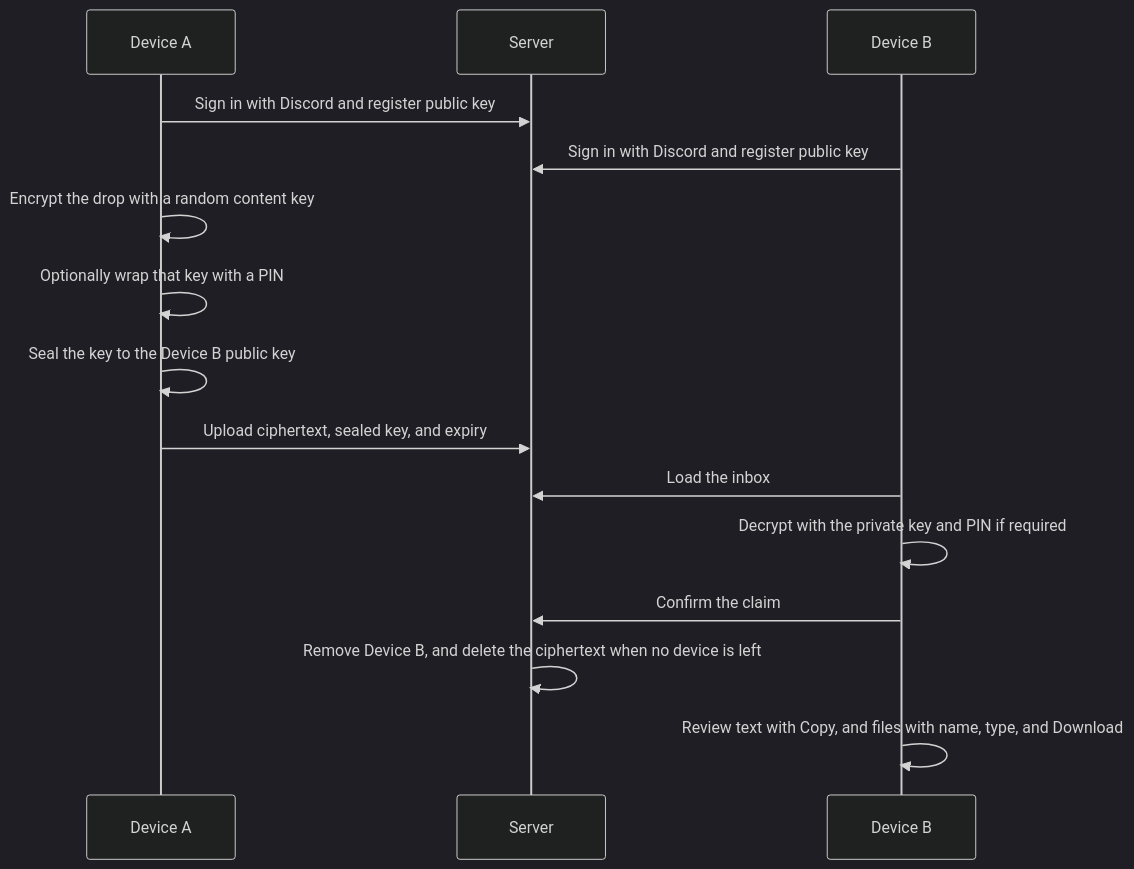
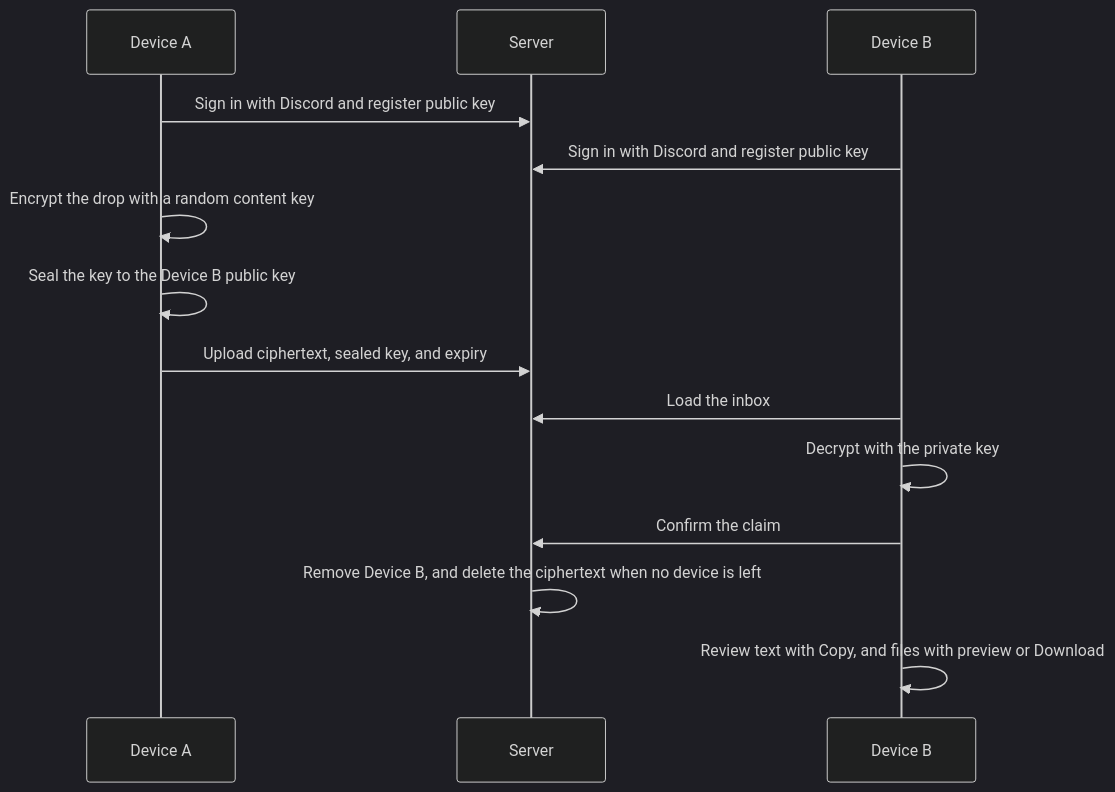
One commit to tylertam228/Ephemera changed the diagram in README.md. Above: the diagram before and after it, drawn with Mermaid (dark theme). The commit also changed other lines of this file and 9 other files, not shown here.

````diff
--- a/README.md
+++ b/README.md
@@ -33,17 +34,16 @@
 ```mermaid
 sequenceDiagram
   participant DeviceA as Device A
   participant Server
   participant DeviceB as Device B
   DeviceA->>Server: Sign in with Discord and register public key
   DeviceB->>Server: Sign in with Discord and register public key
   DeviceA->>DeviceA: Encrypt the drop with a random content key
-  DeviceA->>DeviceA: Optionally wrap that key with a PIN
   DeviceA->>DeviceA: Seal the key to the Device B public key
   DeviceA->>Server: Upload ciphertext, sealed key, and expiry
   DeviceB->>Server: Load the inbox
-  DeviceB->>DeviceB: Decrypt with the private key and PIN if required
+  DeviceB->>DeviceB: Decrypt with the private key
   DeviceB->>Server: Confirm the claim
   Server->>Server: Remove Device B, and delete the ciphertext when no device is left
-  DeviceB->>DeviceB: Review text with Copy, and files with name, type, and Download
+  DeviceB->>DeviceB: Review text with Copy, and files with preview or Download
 ```
````
